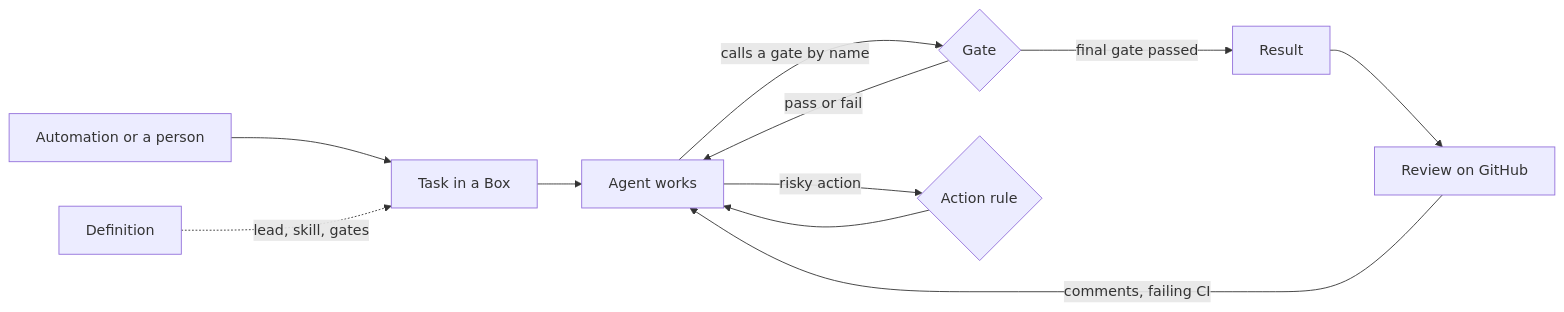
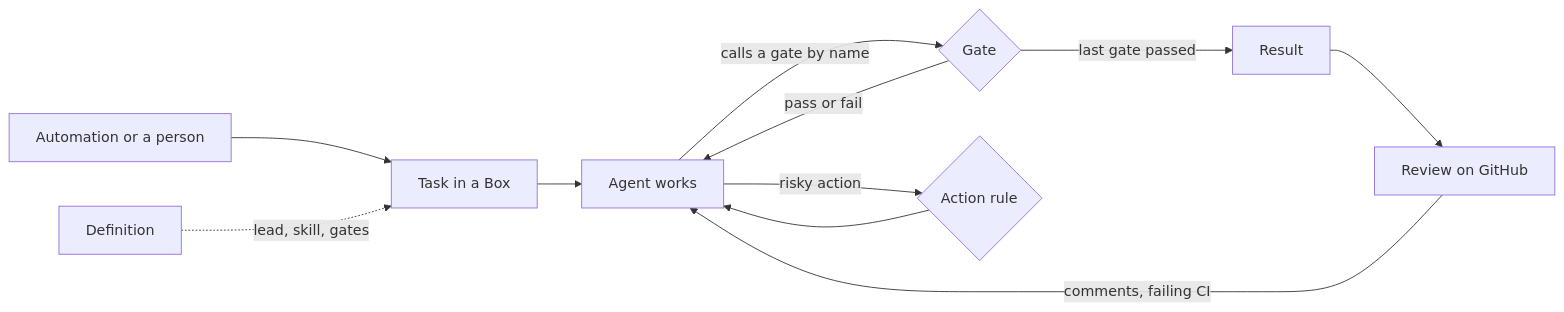
Before and after one commit to IniZio/moor: the second of 4 diagrams in docs/specs/position.md, drawn with Mermaid. The commit also changed other lines of this file, not shown here.

Commit message:
docs(specs): order the gates and draw the flow from the definition

````diff
--- a/docs/specs/position.md
+++ b/docs/specs/position.md
@@ -223,13 +244,13 @@
 ```mermaid
 flowchart LR
 	AU[Automation or a person] --> T[Task in a Box]
 	D[Definition] -.->|lead, skill, gates| T
 	T --> W[Agent works]
 	W -->|calls a gate by name| G{Gate}
 	G -->|pass or fail| W
 	W -->|risky action| G3{Action rule}
 	G3 --> W
-	G -->|final gate passed| RS[Result]
+	G -->|last gate passed| RS[Result]
 	RS --> RV[Review on GitHub]
 	RV -->|comments, failing CI| W
 ```
````
